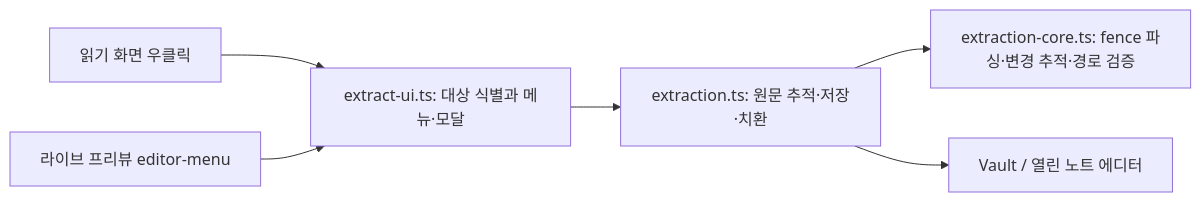
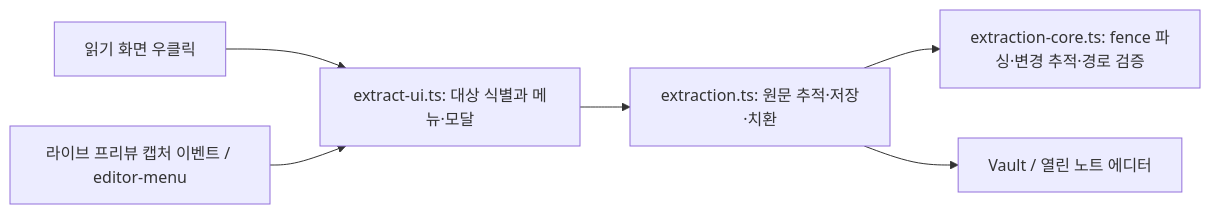
One commit to hepheir/obsidian-embed-code changed the fourth of 4 diagrams in ARCHITECTURE.md. Above: the diagram before and after it, drawn with Mermaid. The commit also changed other lines of this file and 2 other files, not shown here.

Commit message:
fix: show extraction menu on live preview code
라이브 프리뷰의 렌더링된 코드에서 우클릭을 직접 처리해 추출 메뉴 누락을 보완합니다.

Tested: 테스트 25개, 빌드, 포맷 검사 통과
Not-tested: 실제 Obsidian에서 Shiki 활성화 상태의 동작

````diff
--- a/ARCHITECTURE.md
+++ b/ARCHITECTURE.md
@@ -97,8 +97,8 @@
 ```mermaid
 flowchart LR
     Reading[읽기 화면 우클릭] --> UI[extract-ui.ts: 대상 식별과 메뉴·모달]
-    Editor[라이브 프리뷰 editor-menu] --> UI
+    Editor[라이브 프리뷰 캡처 이벤트 / editor-menu] --> UI
     UI --> Service[extraction.ts: 원문 추적·저장·치환]
     Service --> Core[extraction-core.ts: fence 파싱·변경 추적·경로 검증]
     Service --> Vault[Vault / 열린 노트 에디터]
 ```
````
